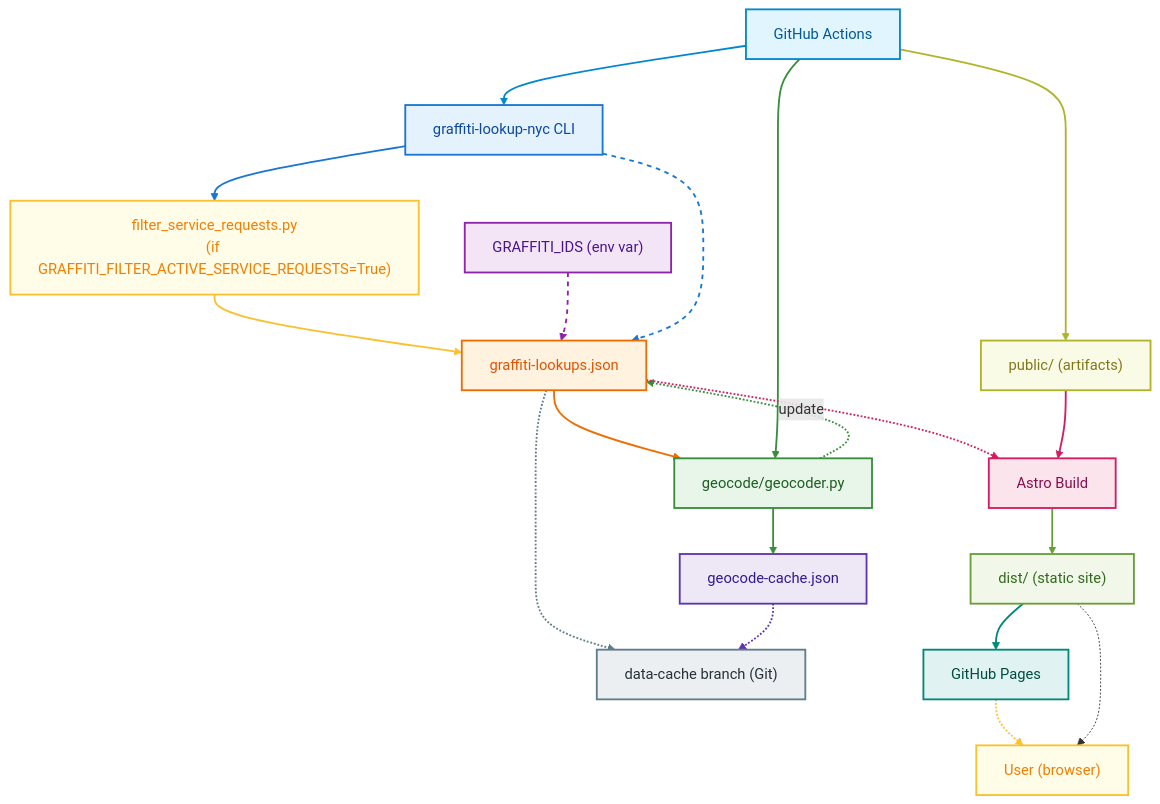
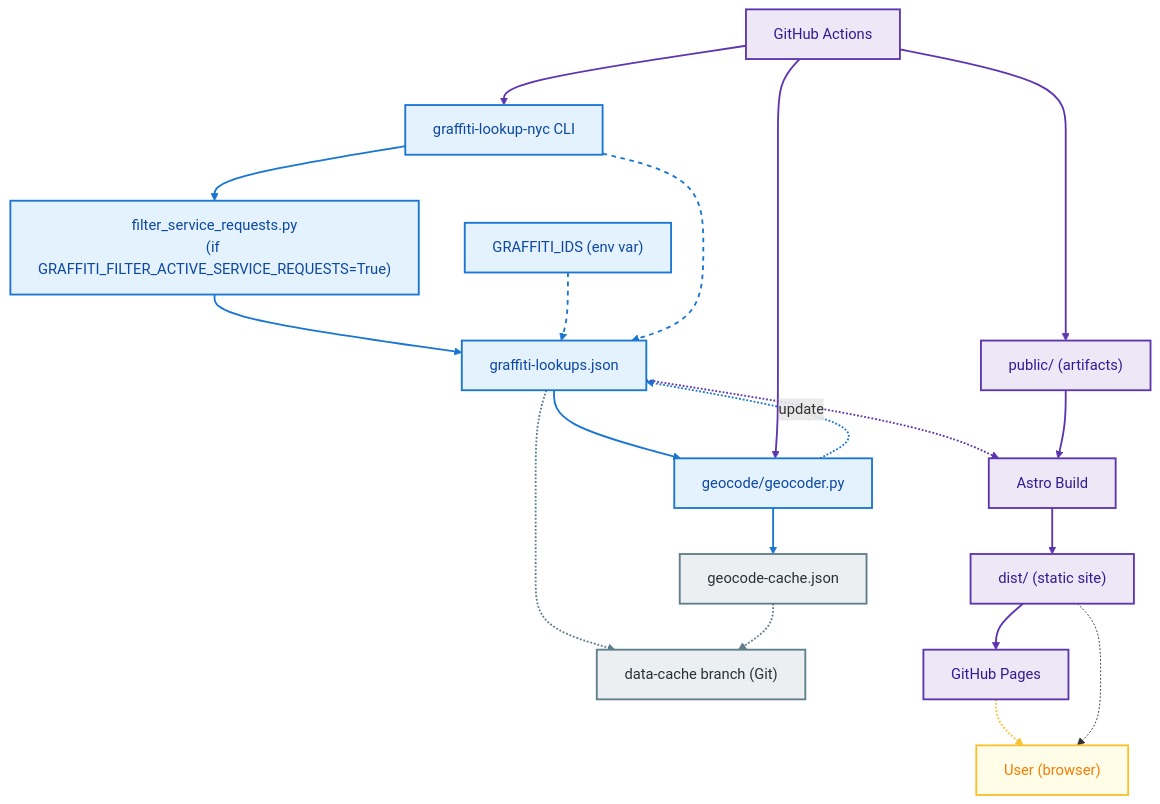
One commit to njamaleddine/graffiti-lookup-nyc-web changed the diagram in README.md. Above: the diagram before and after it, drawn with Mermaid.

Commit message:
trying again

````diff
--- a/README.md
+++ b/README.md
@@ -167,36 +167,49 @@
    DIST -.-> USER
 
    %% Node styles
+   %% Grouped node styles
+   %% Data acquisition (blue)
    style CLI fill:#e3f2fd,stroke:#1976d2,stroke-width:2px,color:#0d47a1
-   style FILTER fill:#fffde7,stroke:#fbc02d,stroke-width:2px,color:#f57c00
-   style IDS fill:#f3e5f5,stroke:#8e24aa,stroke-width:2px,color:#4a148c
-   style GEOCODE fill:#e8f5e9,stroke:#388e3c,stroke-width:2px,color:#1b5e20
-   style LOOKUPS fill:#fff3e0,stroke:#ef6c00,stroke-width:2px,color:#e65100
-   style CACHE fill:#ede7f6,stroke:#5e35b1,stroke-width:2px,color:#311b92
+   style FILTER fill:#e3f2fd,stroke:#1976d2,stroke-width:2px,color:#0d47a1
+   style IDS fill:#e3f2fd,stroke:#1976d2,stroke-width:2px,color:#0d47a1
+   style GEOCODE fill:#e3f2fd,stroke:#1976d2,stroke-width:2px,color:#0d47a1
+   style LOOKUPS fill:#e3f2fd,stroke:#1976d2,stroke-width:2px,color:#0d47a1
+
+   %% Caching (gray)
+   style CACHE fill:#eceff1,stroke:#607d8b,stroke-width:2px,color:#263238
    style DATA_CACHE fill:#eceff1,stroke:#607d8b,stroke-width:2px,color:#263238
-   style GH_ACTIONS fill:#e1f5fe,stroke:#0288d1,stroke-width:2px,color:#01579b
-   style PUBLIC fill:#f9fbe7,stroke:#afb42b,stroke-width:2px,color:#827717
-   style ASTRO fill:#fce4ec,stroke:#d81b60,stroke-width:2px,color:#880e4f
-   style DIST fill:#f1f8e9,stroke:#689f38,stroke-width:2px,color:#33691e
-   style GH_PAGES fill:#e0f2f1,stroke:#00897b,stroke-width:2px,color:#004d40
+
+   %% Build/Deploy (purple)
+   style GH_ACTIONS fill:#ede7f6,stroke:#5e35b1,stroke-width:2px,color:#311b92
+   style PUBLIC fill:#ede7f6,stroke:#5e35b1,stroke-width:2px,color:#311b92
+   style ASTRO fill:#ede7f6,stroke:#5e35b1,stroke-width:2px,color:#311b92
+   style DIST fill:#ede7f6,stroke:#5e35b1,stroke-width:2px,color:#311b92
+   style GH_PAGES fill:#ede7f6,stroke:#5e35b1,stroke-width:2px,color:#311b92
+
+   %% Frontend (yellow)
    style USER fill:#fffde7,stroke:#fbc02d,stroke-width:2px,color:#f57c00
 
-   %% Edge styles
+   %% Edge styles (grouped)
+   %% Data acquisition (blue)
    linkStyle 0 stroke:#1976d2,stroke-width:2px
-   linkStyle 1 stroke:#fbc02d,stroke-width:2px
-   linkStyle 2 stroke:#8e24aa,stroke-width:2px,stroke-dasharray: 5 5
+   linkStyle 1 stroke:#1976d2,stroke-width:2px
+   linkStyle 2 stroke:#1976d2,stroke-width:2px,stroke-dasharray: 5 5
    linkStyle 3 stroke:#1976d2,stroke-width:2px,stroke-dasharray: 5 5
-   linkStyle 4 stroke:#ef6c00,stroke-width:2px
-   linkStyle 5 stroke:#388e3c,stroke-width:2px
-   linkStyle 6 stroke:#388e3c,stroke-width:2px,stroke-dasharray: 2 2
+   linkStyle 4 stroke:#1976d2,stroke-width:2px
+   linkStyle 5 stroke:#1976d2,stroke-width:2px
+   linkStyle 6 stroke:#1976d2,stroke-width:2px,stroke-dasharray: 2 2
    linkStyle 7 stroke:#607d8b,stroke-width:2px,stroke-dasharray: 2 2
-   linkStyle 8 stroke:#5e35b1,stroke-width:2px,stroke-dasharray: 2 2
-   linkStyle 9 stroke:#0288d1,stroke-width:2px
-   linkStyle 10 stroke:#388e3c,stroke-width:2px
-   linkStyle 11 stroke:#afb42b,stroke-width:2px
-   linkStyle 12 stroke:#d81b60,stroke-width:2px,stroke-dasharray: 2 2
-   linkStyle 13 stroke:#d81b60,stroke-width:2px
-   linkStyle 14 stroke:#689f38,stroke-width:2px
-   linkStyle 15 stroke:#00897b,stroke-width:2px
+   linkStyle 8 stroke:#607d8b,stroke-width:2px,stroke-dasharray: 2 2
+
+   %% Build/Deploy (purple)
+   linkStyle 9 stroke:#5e35b1,stroke-width:2px
+   linkStyle 10 stroke:#5e35b1,stroke-width:2px
+   linkStyle 11 stroke:#5e35b1,stroke-width:2px
+   linkStyle 12 stroke:#5e35b1,stroke-width:2px,stroke-dasharray: 2 2
+   linkStyle 13 stroke:#5e35b1,stroke-width:2px
+   linkStyle 14 stroke:#5e35b1,stroke-width:2px
+   linkStyle 15 stroke:#5e35b1,stroke-width:2px
+
+   %% Frontend (yellow)
    linkStyle 16 stroke:#fbc02d,stroke-width:2px,stroke-dasharray: 2 2
 ```
````
